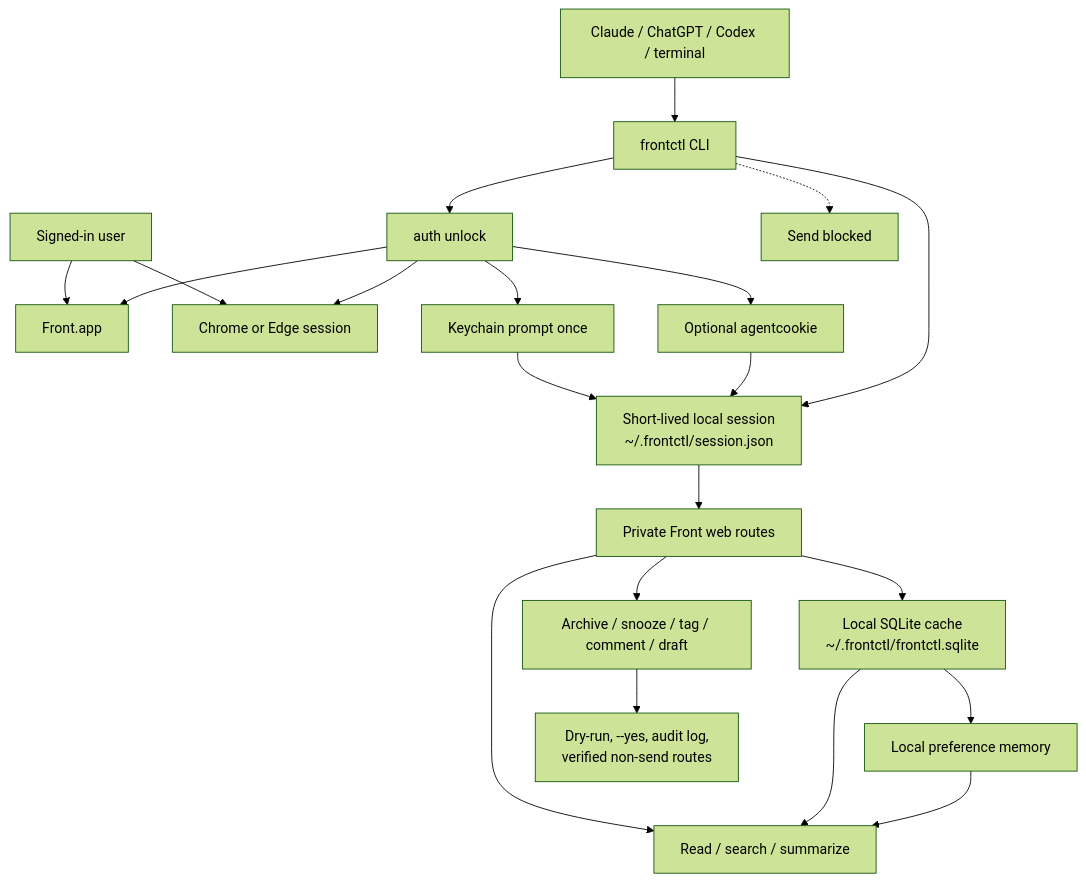
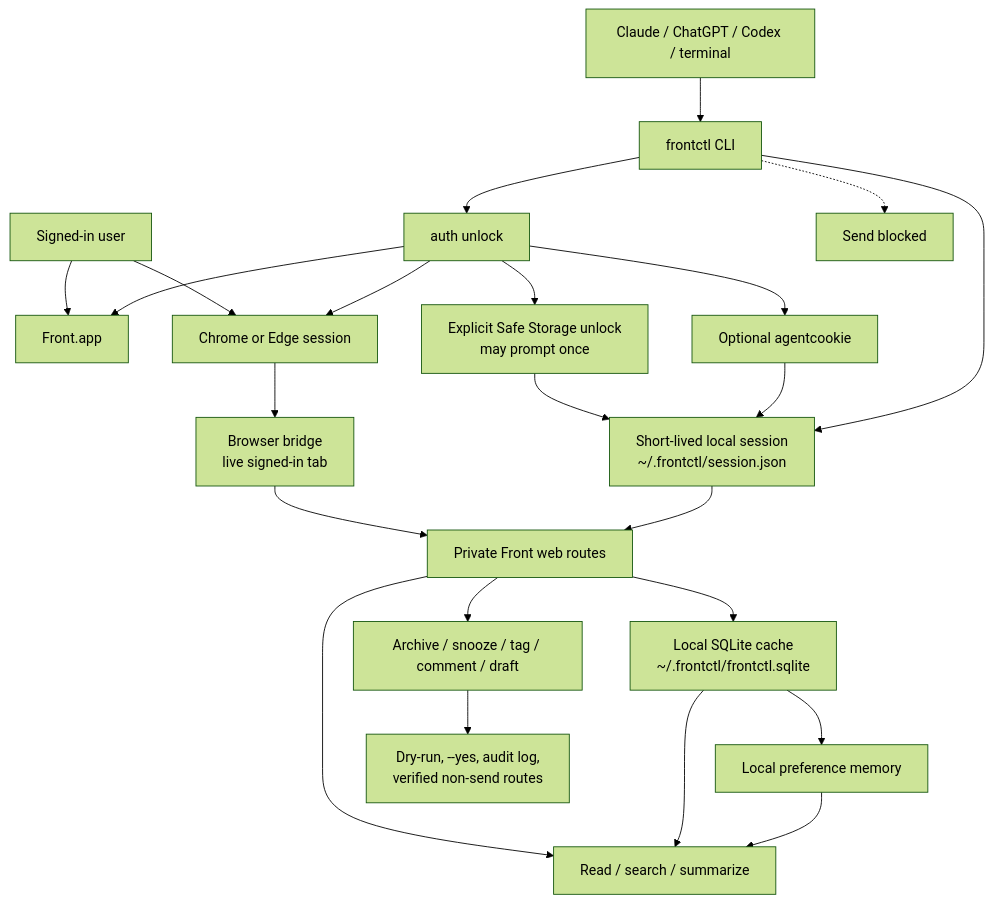
Before and after one commit to arjshiv/frontctl: the diagram in README.md, drawn with Mermaid (forest theme). The commit also changed other lines of this file and 42 other files, not shown here.

````diff
--- a/README.md
+++ b/README.md
@@ -111,40 +133,43 @@
 ```mermaid
 flowchart TD
   user["Signed-in user"]
   agent["Claude / ChatGPT / Codex / terminal"]
   cli["frontctl CLI"]
   app["Front.app"]
   browser["Chrome or Edge session"]
+  bridge["Browser bridge<br/>live signed-in tab"]
   agentcookie["Optional agentcookie"]
   unlock["auth unlock"]
-  keychain["Keychain prompt once"]
+  keychain["Explicit Safe Storage unlock<br/>may prompt once"]
   session["Short-lived local session<br/>~/.frontctl/session.json"]
   live["Private Front web routes"]
   cache["Local SQLite cache<br/>~/.frontctl/frontctl.sqlite"]
   memory["Local preference memory"]
   read["Read / search / summarize"]
   write["Archive / snooze / tag / comment / draft"]
   safety["Dry-run, --yes, audit log,<br/>verified non-send routes"]
   blocked["Send blocked"]
 
   user --> app
   user --> browser
   agent --> cli
   cli --> unlock
   unlock --> app
   unlock --> browser
   unlock --> agentcookie
   unlock --> keychain
   keychain --> session
   agentcookie --> session
+  browser --> bridge
+  bridge --> live
   cli --> session
   session --> live
   live --> read
   live --> write
   live --> cache
   cache --> read
   cache --> memory
   memory --> read
   write --> safety
   cli -.-> blocked
 ```
````
